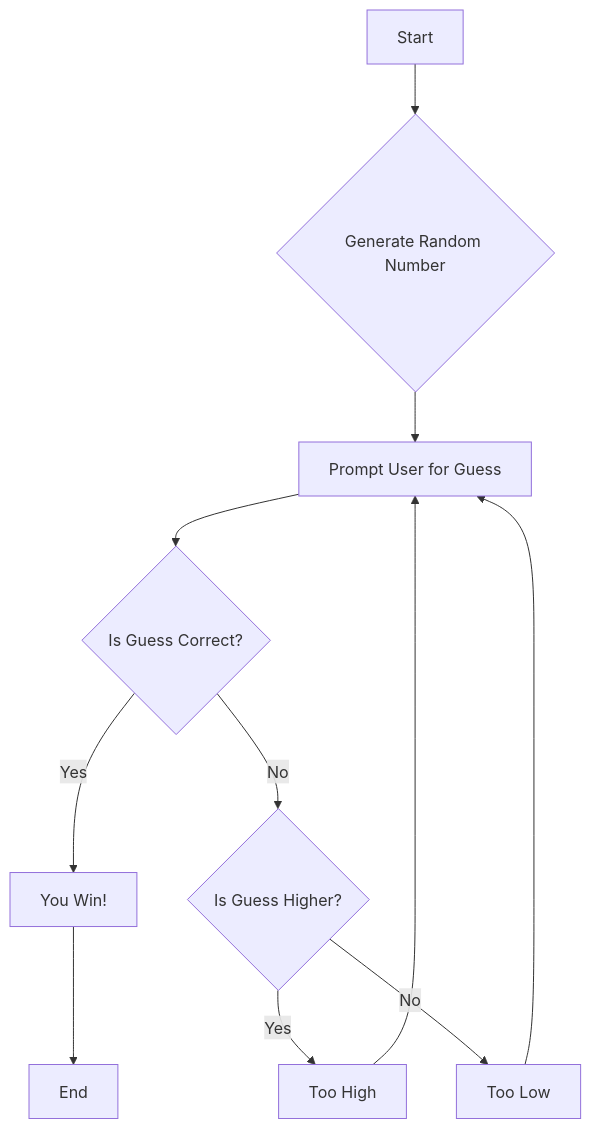
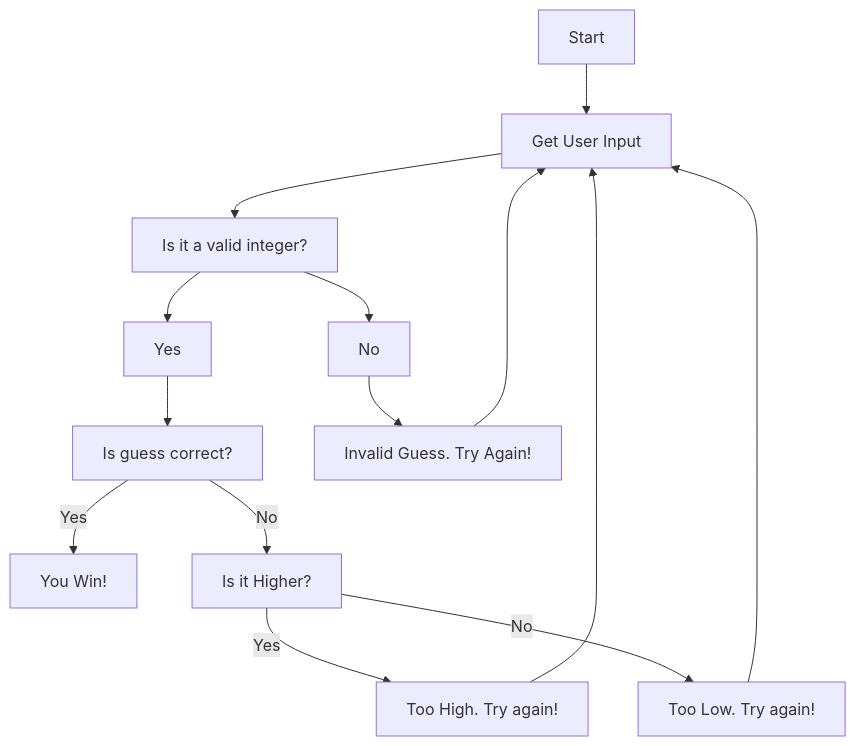
The diagram in Game.md (skygazer629/AndrewRepo123), drawn with Mermaid before and after one commit.

````diff
--- a/Game.md
+++ b/Game.md
@@ -1,13 +1,13 @@
 ```mermaid
 flowchart TD
-    A[Start] --> B{Generate Random Number}
-    B --> C[Prompt User for Guess]
-    C --> D{Is Guess Correct?}
-    D -- Yes --> E["You Win!"]
-    E --> F[End]
-    D -- No --> G{Is Guess Higher?}
-    G -- Yes --> H["Too High"]
-    H --> C
-    G -- No --> I["Too Low"]
-    I --> C
+    A[Start] --> B[Get User Input]
+    B --> C["Is it a valid integer?"]
+    C --> Yes -->F["Is guess correct?"]
+    C --> No --> E["Invalid Guess.  Try Again!"]
+    E --> B
+    F -- Yes --> H["You Win!"]
+    F -- No --> G["Is it Higher?"]
+    G -- Yes --> I["Too High. Try again!"] -->B
+    G -- No --> J["Too Low.  Try again!"] -->B
+    
 ```
````
